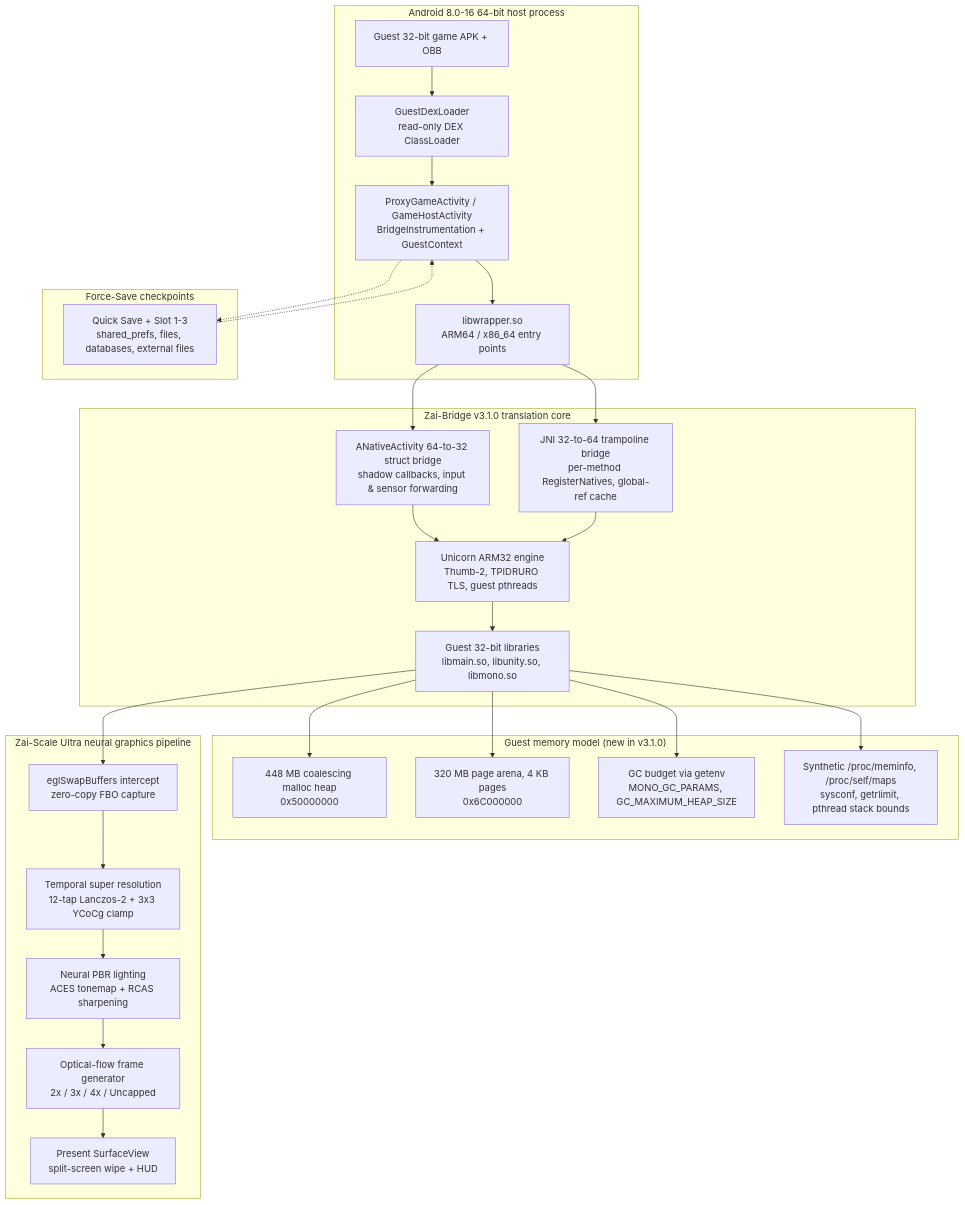
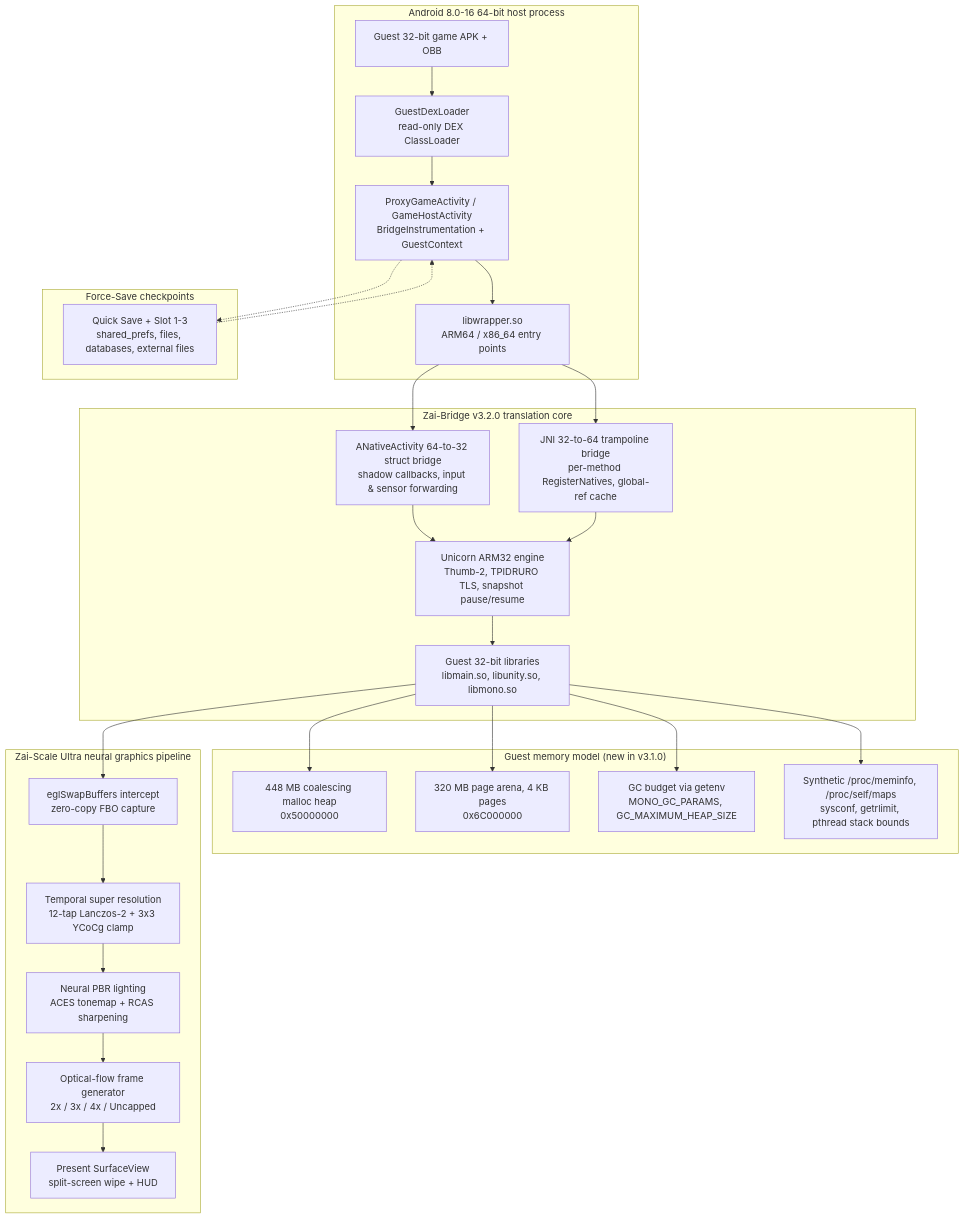
One commit to mohdziauddin2006-cloud/zai-bridge changed the first of 2 diagrams in README.md. Above: the diagram before and after it, drawn with Mermaid. The commit also changed other lines of this file and 25 other files, not shown here.

First line of the commit message:
feat: bump to v3.2.0 and add Berserk graphics mode

````diff
--- a/README.md
+++ b/README.md
@@ -68,36 +73,36 @@
 ```mermaid
 flowchart TD
     subgraph Host["Android 8.0-16 64-bit host process"]
         A["Guest 32-bit game APK + OBB"] --> B["GuestDexLoader<br/>read-only DEX ClassLoader"]
         B --> C["ProxyGameActivity / GameHostActivity<br/>BridgeInstrumentation + GuestContext"]
         C --> D["libwrapper.so<br/>ARM64 / x86_64 entry points"]
     end
 
-    subgraph Core["Zai-Bridge v3.1.0 translation core"]
+    subgraph Core["Zai-Bridge v3.2.0 translation core"]
         D --> E["ANativeActivity 64-to-32 struct bridge<br/>shadow callbacks, input & sensor forwarding"]
         D --> F["JNI 32-to-64 trampoline bridge<br/>per-method RegisterNatives, global-ref cache"]
-        E --> G["Unicorn ARM32 engine<br/>Thumb-2, TPIDRURO TLS, guest pthreads"]
+        E --> G["Unicorn ARM32 engine<br/>Thumb-2, TPIDRURO TLS, snapshot pause/resume"]
         F --> G
         G --> H["Guest 32-bit libraries<br/>libmain.so, libunity.so, libmono.so"]
     end
 
     subgraph Mem["Guest memory model (new in v3.1.0)"]
         H --> M1["448 MB coalescing malloc heap<br/>0x50000000"]
         H --> M2["320 MB page arena, 4 KB pages<br/>0x6C000000"]
         H --> M3["GC budget via getenv<br/>MONO_GC_PARAMS, GC_MAXIMUM_HEAP_SIZE"]
         H --> M4["Synthetic /proc/meminfo, /proc/self/maps<br/>sysconf, getrlimit, pthread stack bounds"]
     end
 
     subgraph Gfx["Zai-Scale Ultra neural graphics pipeline"]
         H --> I["eglSwapBuffers intercept<br/>zero-copy FBO capture"]
         I --> J["Temporal super resolution<br/>12-tap Lanczos-2 + 3x3 YCoCg clamp"]
         J --> K["Neural PBR lighting<br/>ACES tonemap + RCAS sharpening"]
         K --> L["Optical-flow frame generator<br/>2x / 3x / 4x / Uncapped"]
         L --> N["Present SurfaceView<br/>split-screen wipe + HUD"]
     end
 
     subgraph Save["Force-Save checkpoints"]
         C -.-> S["Quick Save + Slot 1-3<br/>shared_prefs, files, databases, external files"]
         S -.-> C
     end
 ```
````
